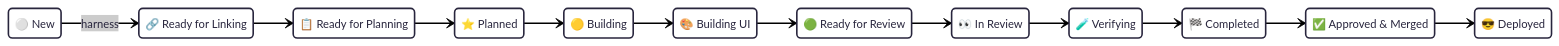
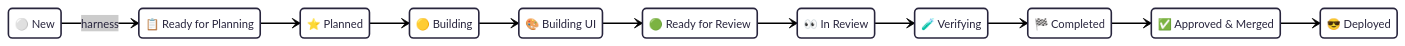
One commit to kigster/openlanes changed the third of 7 diagrams in docs/WORKFLOW.md. Above: the diagram before and after it, drawn with Mermaid. The commit also changed other lines of this file and 1 other file, not shown here.

Commit message:
Regenerate WORKFLOW.md without the linking step

````diff
--- a/docs/WORKFLOW.md
+++ b/docs/WORKFLOW.md
@@ -138,33 +133,31 @@
 ```mermaid
 ---
 config:
   layout: dagre
   theme: redux-color
 ---
 stateDiagram-v2
     direction LR
     new : ⚪ New
-    ready_for_linking : 🔗 Ready for Linking
     ready_for_planning : 📋 Ready for Planning
     planned : ⭐ Planned
     building : 🟡 Building
     building_ui : 🎨 Building UI
     ready_for_review : 🟢 Ready for Review
     in_review : 👀 In Review
     verifying : 🧪 Verifying
     completed : 🏁 Completed
     approved : ✅ Approved & Merged
     deployed : 😎 Deployed
 
-    new --> ready_for_linking : harness
-    ready_for_linking --> ready_for_planning
+    new --> ready_for_planning : harness
     ready_for_planning --> planned
     planned --> building
     building --> building_ui
     building_ui --> ready_for_review
     ready_for_review --> in_review
     in_review --> verifying
     verifying --> completed
     completed --> approved
     approved --> deployed
 ```
````
